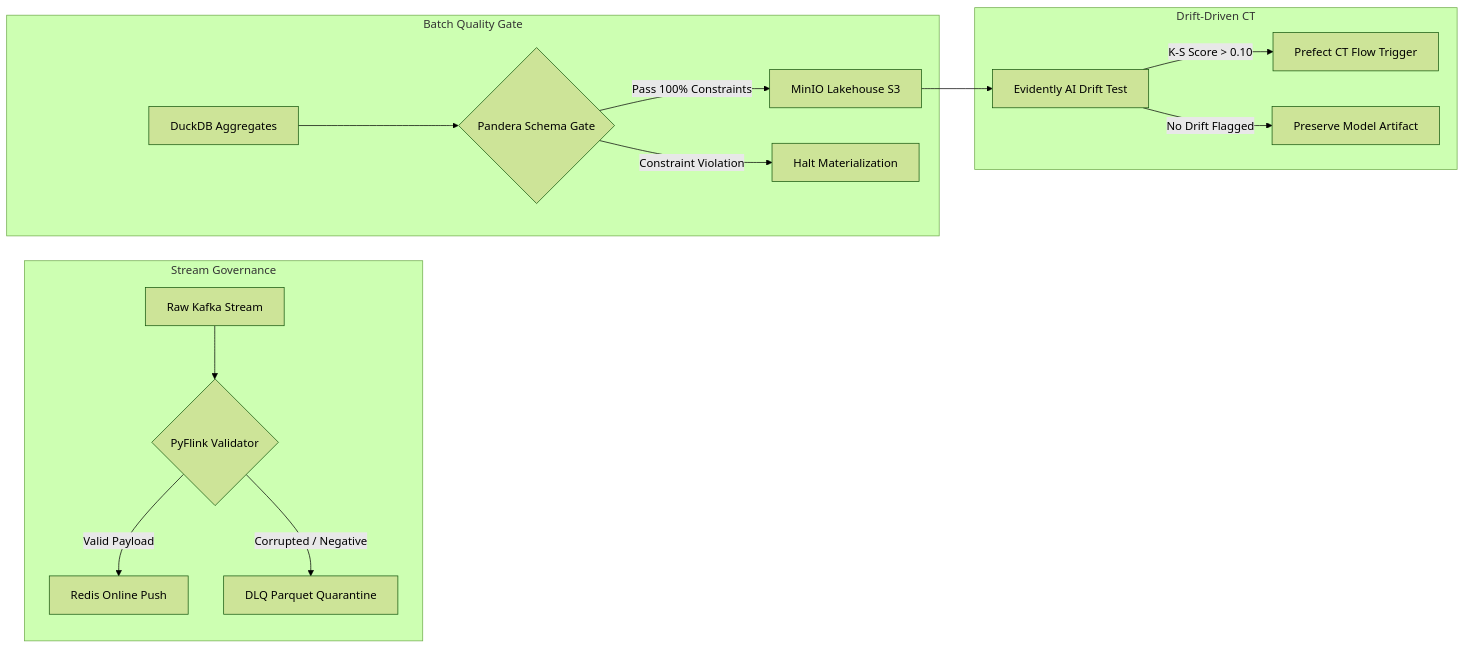
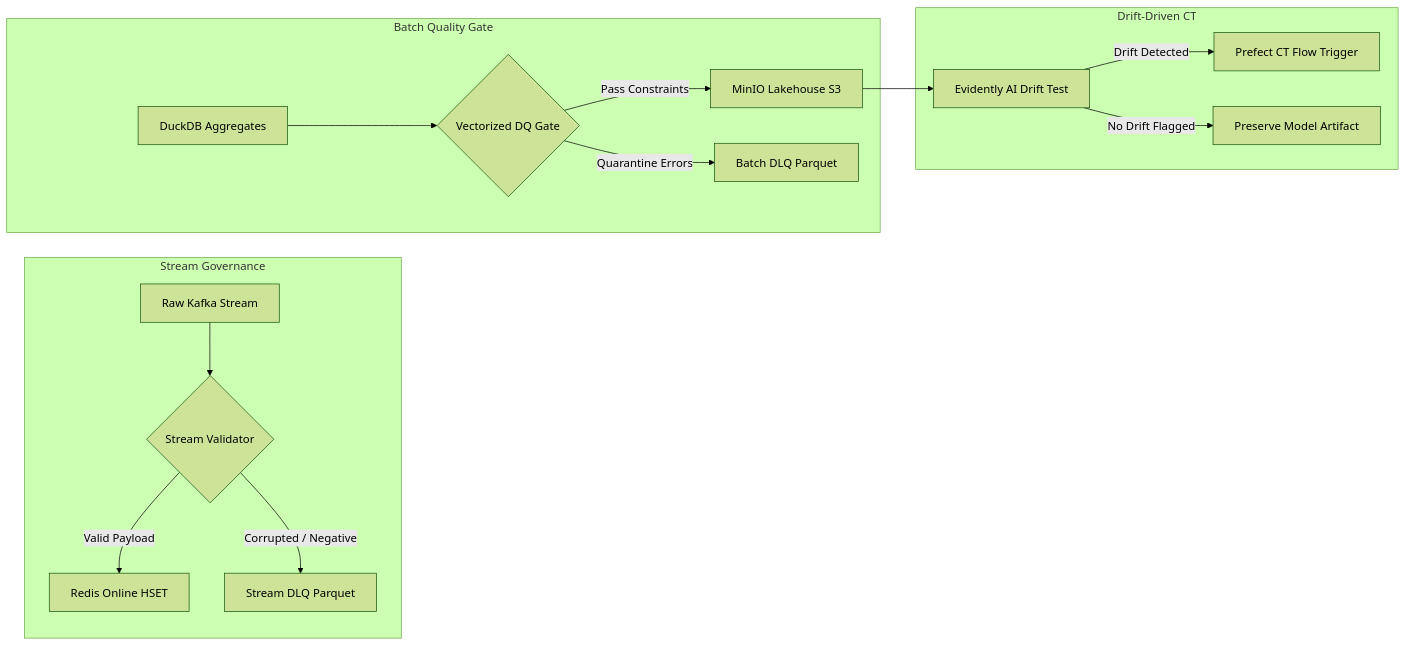
The second of 2 diagrams in README.md (hovngnvm/ml-feature-store-platform), drawn with Mermaid (forest theme) before and after one commit. The commit also changed other lines of this file and 3 other files, not shown here.

````diff
--- a/README.md
+++ b/README.md
@@ -113,20 +113,20 @@
 ```mermaid
 flowchart LR
     subgraph StreamGov [Stream Governance]
-        stream_in["Raw Kafka Stream"] --> flink_val{"PyFlink Validator"}
-        flink_val -->|Valid Payload| redis_sync["Redis Online Push"]
-        flink_val -->|Corrupted / Negative| dlq["DLQ Parquet Quarantine"]
+        stream_in["Raw Kafka Stream"] --> flink_val{"Stream Validator"}
+        flink_val -->|Valid Payload| redis_sync["Redis Online HSET"]
+        flink_val -->|Corrupted / Negative| dlq_stream["Stream DLQ Parquet"]
     end
 
     subgraph BatchGov [Batch Quality Gate]
-        duckdb_out["DuckDB Aggregates"] --> pandera_gate{"Pandera Schema Gate"}
-        pandera_gate -->|Pass 100% Constraints| minio_store["MinIO Lakehouse S3"]
-        pandera_gate -->|Constraint Violation| halt["Halt Materialization"]
+        duckdb_out["DuckDB Aggregates"] --> dq_gate{"Vectorized DQ Gate"}
+        dq_gate -->|Pass Constraints| minio_store["MinIO Lakehouse S3"]
+        dq_gate -->|Quarantine Errors| dlq_batch["Batch DLQ Parquet"]
     end
 
     subgraph DriftRetrain [Drift-Driven CT]
         minio_store --> evidently_drift["Evidently AI Drift Test"]
-        evidently_drift -->|K-S Score > 0.10| retrain["Prefect CT Flow Trigger"]
+        evidently_drift -->|Drift Detected| retrain["Prefect CT Flow Trigger"]
         evidently_drift -->|No Drift Flagged| keep["Preserve Model Artifact"]
     end
 ```
````
